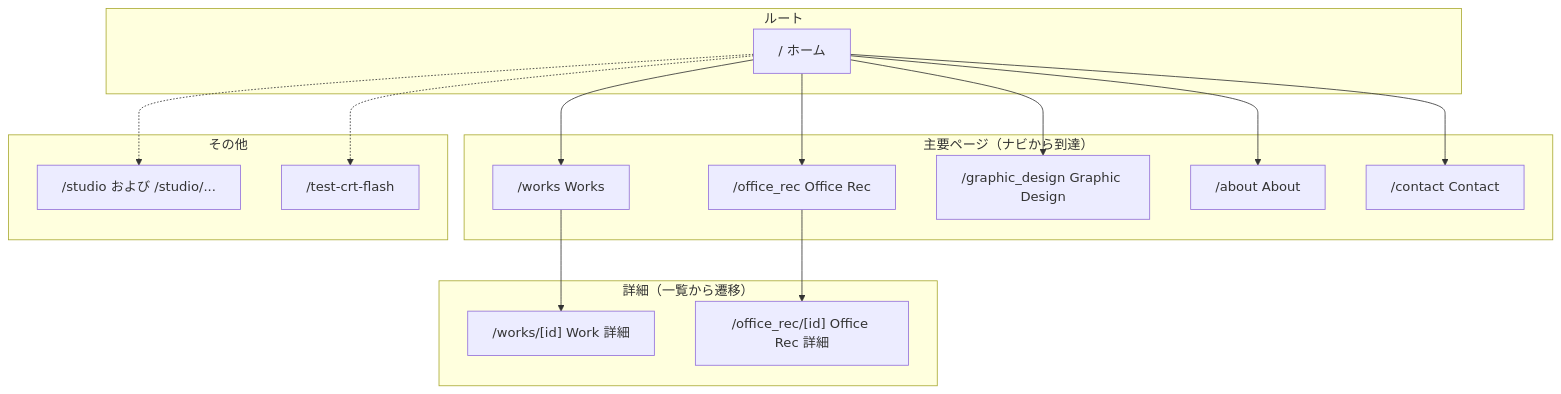
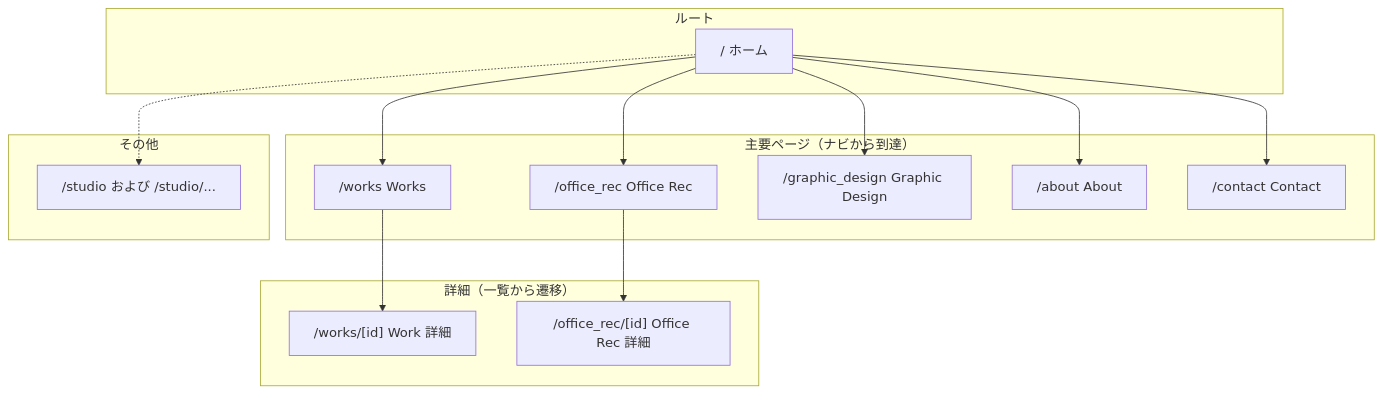
Before and after one commit to jongryonglee/hrc-website: the diagram in docs/sitemap.md, drawn with Mermaid. The commit also changed other lines of this file and 14 other files, not shown here.

````diff
--- a/docs/sitemap.md
+++ b/docs/sitemap.md
@@ -26,36 +25,34 @@
 ```mermaid
 flowchart TB
   subgraph root["ルート"]
     H["/ ホーム"]
   end
 
   subgraph main["主要ページ（ナビから到達）"]
     W["/works Works"]
     O["/office_rec Office Rec"]
     G["/graphic_design Graphic Design"]
     A["/about About"]
     C["/contact Contact"]
   end
 
   subgraph detail["詳細（一覧から遷移）"]
     WD["/works/[id] Work 詳細"]
     OD["/office_rec/[id] Office Rec 詳細"]
   end
 
   subgraph other["その他"]
     S["/studio および /studio/..."]
-    T["/test-crt-flash"]
   end
 
   H --> W
   H --> O
   H --> G
   H --> A
   H --> C
 
   W --> WD
   O --> OD
 
   H -.-> S
-  H -.-> T
 ```
````
